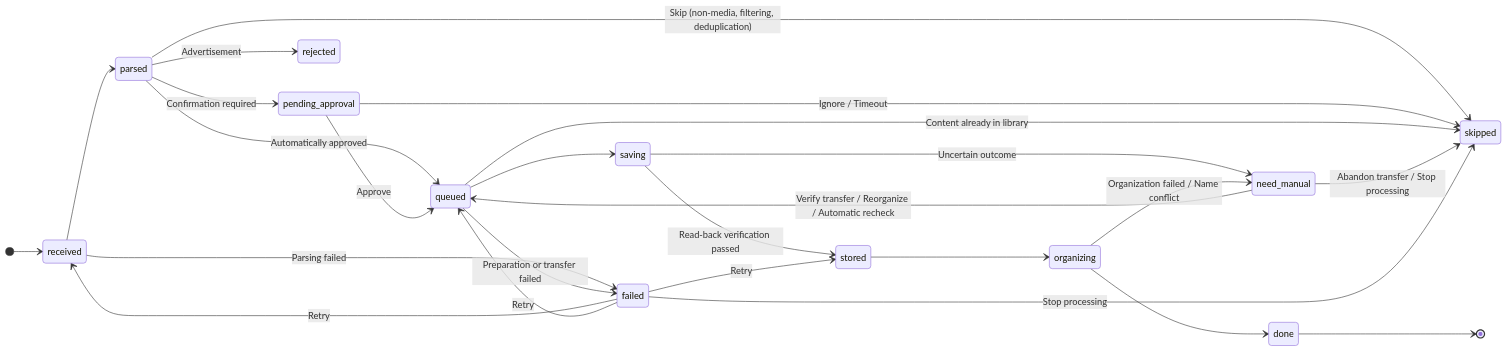
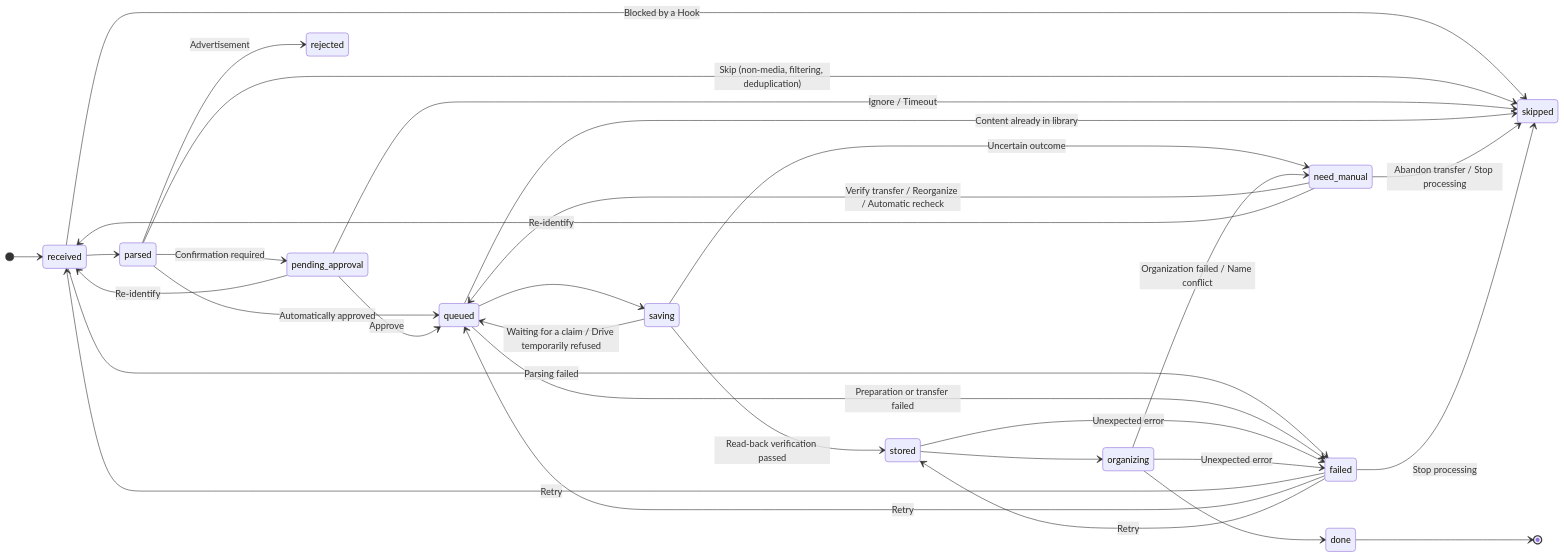
One commit to Derrors/reelay changed the second of 2 diagrams in docs/en/architecture.md. Above: the diagram before and after it, drawn with Mermaid. The commit also changed other lines of this file and 25 other files, not shown here.

````diff
--- a/docs/en/architecture.md
+++ b/docs/en/architecture.md
@@ -38,28 +38,34 @@
 ```mermaid
 stateDiagram-v2
     direction LR
     [*] --> received
     received --> parsed
+    received --> skipped: Blocked by a Hook
     parsed --> pending_approval: Confirmation required
     parsed --> queued: Automatically approved
     parsed --> skipped: Skip (non-media, filtering, deduplication)
     parsed --> rejected: Advertisement
     pending_approval --> queued: Approve
     pending_approval --> skipped: Ignore / Timeout
+    pending_approval --> received: Re-identify
     queued --> saving
     queued --> skipped: Content already in library
+    saving --> queued: Waiting for a claim / Drive temporarily refused
     saving --> stored: Read-back verification passed
     saving --> need_manual: Uncertain outcome
     stored --> organizing
     organizing --> done
     organizing --> need_manual: Organization failed / Name conflict
     need_manual --> queued: Verify transfer / Reorganize / Automatic recheck
     need_manual --> skipped: Abandon transfer / Stop processing
+    need_manual --> received: Re-identify
     received --> failed: Parsing failed
     queued --> failed: Preparation or transfer failed
+    stored --> failed: Unexpected error
+    organizing --> failed: Unexpected error
     failed --> received: Retry
     failed --> queued: Retry
     failed --> stored: Retry
     failed --> skipped: Stop processing
     done --> [*]
 ```
````
